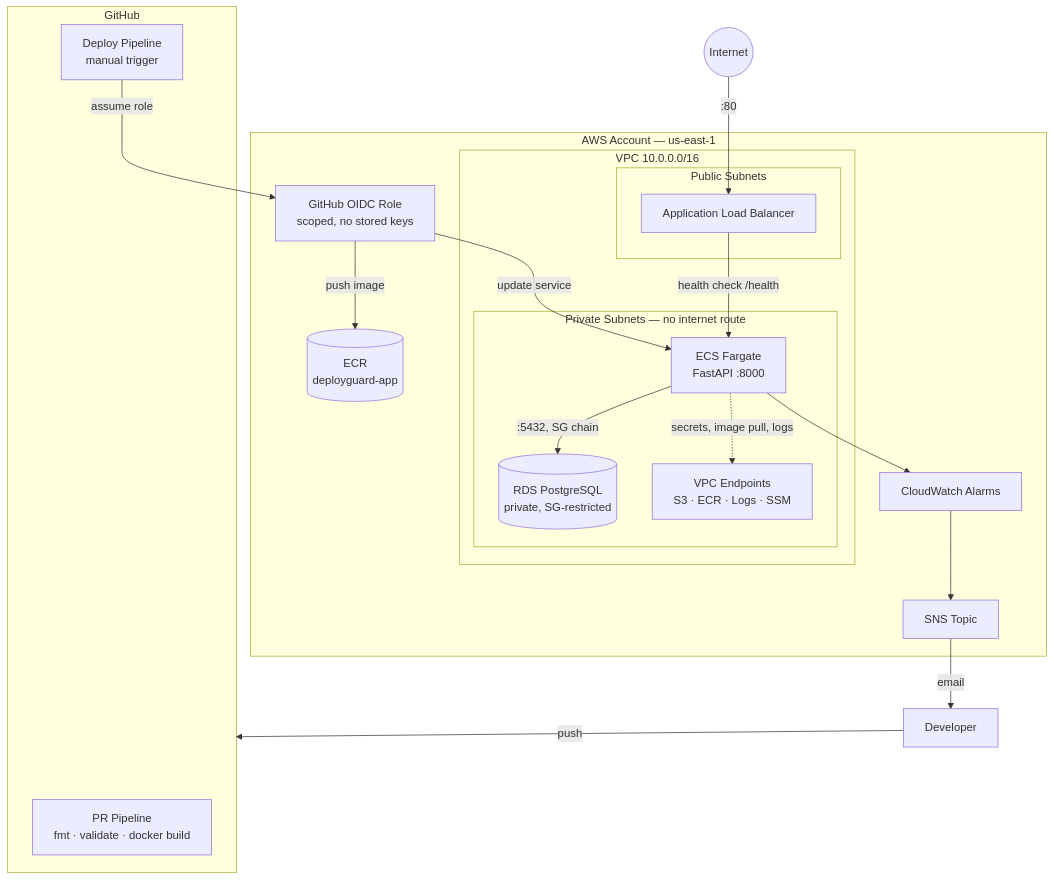
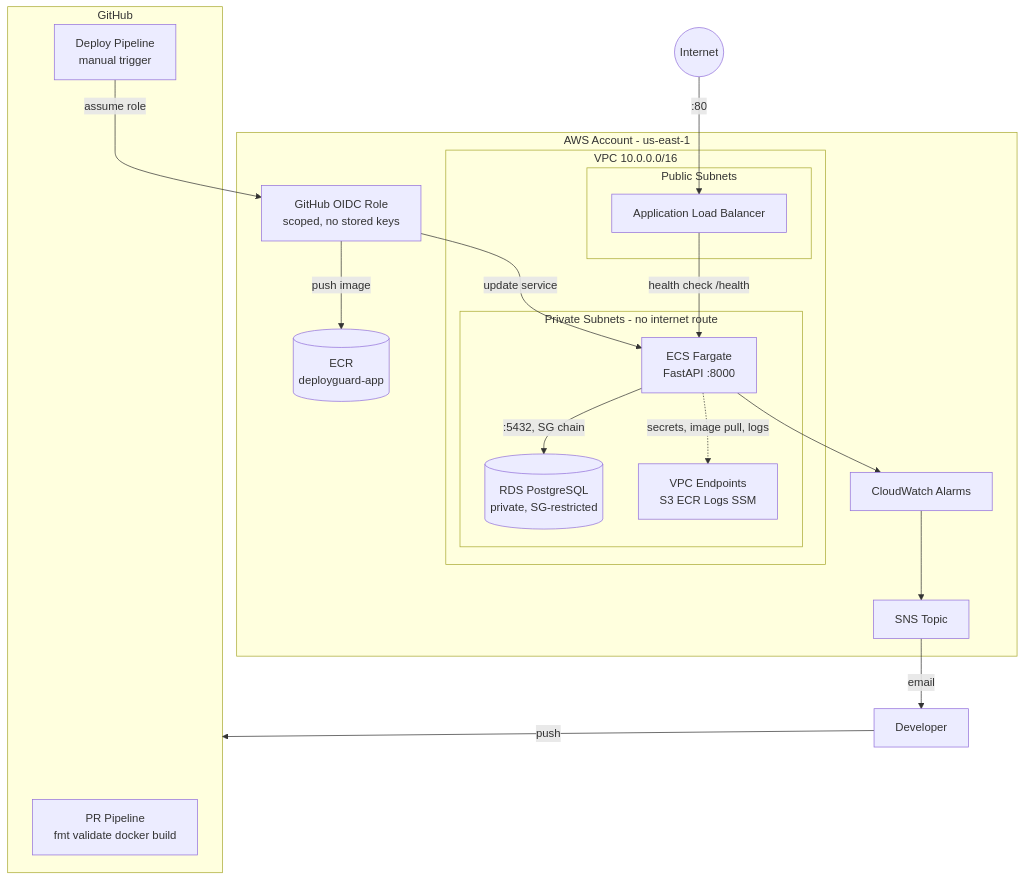
The diagram in README.md (OusmaneSanokho/deployguard), drawn with Mermaid before and after one commit. The commit also changed other lines of this file, not shown here.

````diff
--- a/README.md
+++ b/README.md
@@ -24,41 +24,41 @@
 ```mermaid
 flowchart TB
     Internet((Internet))
     Dev[Developer]
 
     subgraph GH[GitHub]
-        PR[PR Pipeline<br/>fmt · validate · docker build]
+        PR[PR Pipeline<br/>fmt validate docker build]
         Deploy[Deploy Pipeline<br/>manual trigger]
     end
 
-    subgraph AWS[AWS Account — us-east-1]
+    subgraph AWS[AWS Account - us-east-1]
         OIDC[GitHub OIDC Role<br/>scoped, no stored keys]
         ECR[(ECR<br/>deployguard-app)]
 
         subgraph VPC[VPC 10.0.0.0/16]
             subgraph PUB[Public Subnets]
                 ALB[Application Load Balancer]
             end
-            subgraph PRIV[Private Subnets — no internet route]
+            subgraph PRIV[Private Subnets - no internet route]
                 ECS[ECS Fargate<br/>FastAPI :8000]
                 RDS[(RDS PostgreSQL<br/>private, SG-restricted)]
-                EP[VPC Endpoints<br/>S3 · ECR · Logs · SSM]
+                EP[VPC Endpoints<br/>S3 ECR Logs SSM]
             end
         end
 
         CW[CloudWatch Alarms]
         SNS[SNS Topic]
     end
 
     Dev -->|push| GH
     Deploy -->|assume role| OIDC
     OIDC -->|push image| ECR
     OIDC -->|update service| ECS
     Internet -->|:80| ALB
     ALB -->|health check /health| ECS
     ECS -->|:5432, SG chain| RDS
     ECS -.->|secrets, image pull, logs| EP
     ECS --> CW
     CW --> SNS
     SNS -->|email| Dev
 ```
````
